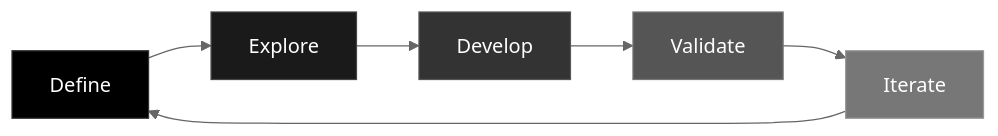
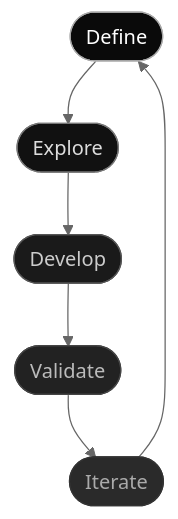
Before and after one commit to Blackdoor-Industries/.github: the second of 2 diagrams in profile/README.md, drawn with Mermaid (neutral theme). The commit also changed other lines of this file, not shown here.

````diff
--- a/profile/README.md
+++ b/profile/README.md
@@ -95,11 +101,14 @@
 ```mermaid
-graph LR
-    D["Define"] --> E["Explore"] --> B["Develop"] --> V["Validate"] --> I["Iterate"]
+flowchart TD
+    D(["Define"]) --> E(["Explore"])
+    E --> B(["Develop"])
+    B --> V(["Validate"])
+    V --> I(["Iterate"])
     I --> D
 
-    style D fill:#000,color:#fff,stroke:#333
-    style E fill:#1a1a1a,color:#fff,stroke:#444
-    style B fill:#333,color:#fff,stroke:#555
-    style V fill:#555,color:#fff,stroke:#777
-    style I fill:#777,color:#fff,stroke:#999
+    style D fill:#0a0a0a,stroke:#aaa,color:#fff
+    style E fill:#111,stroke:#777,color:#ddd
+    style B fill:#1a1a1a,stroke:#555,color:#ccc
+    style V fill:#222,stroke:#444,color:#bbb
+    style I fill:#2a2a2a,stroke:#333,color:#aaa
 ```
````
